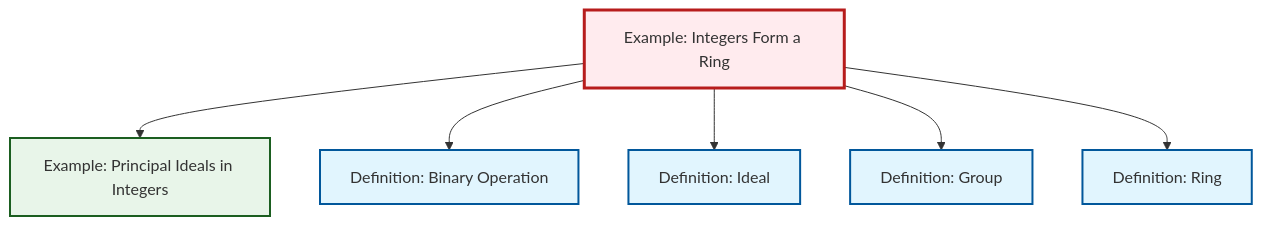
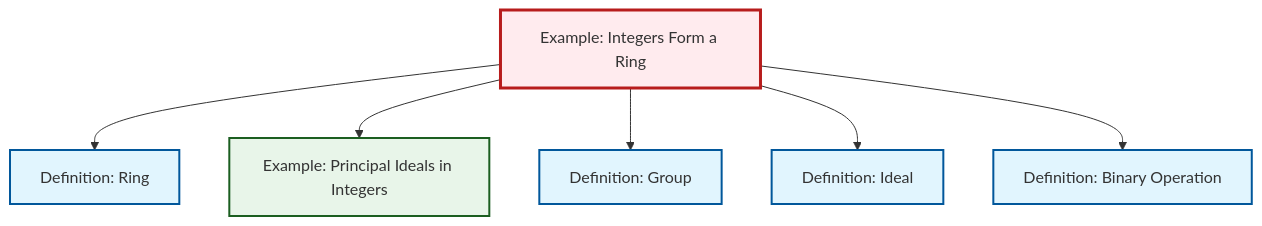
One commit to RK0429/ModernMath changed the diagram in output/mermaid/ex-integers-ring.mermaid. Above: the diagram before and after it, drawn with Mermaid. The commit also changed other lines of this file and 1188 other files, not shown here.

```diff
--- a/output/mermaid/ex-integers-ring.mermaid
+++ b/output/mermaid/ex-integers-ring.mermaid
@@ -1,19 +1,19 @@
 %%| fig-cap: "Local dependency graph"
 graph TD
     classDef definition fill:#e1f5fe,stroke:#01579b,stroke-width:2px
     classDef theorem fill:#f3e5f5,stroke:#4a148c,stroke-width:2px
     classDef axiom fill:#fff3e0,stroke:#e65100,stroke-width:2px
     classDef example fill:#e8f5e9,stroke:#1b5e20,stroke-width:2px
     classDef current fill:#ffebee,stroke:#b71c1c,stroke-width:3px
+    ex-integers-ring["Example: Integers Form a Ring"]:::example
+    def-binary-operation["Definition: Binary Operation"]:::definition
+    ex-principal-ideal["Example: Principal Ideals in Integers"]:::example
+    def-ideal["Definition: Ideal"]:::definition
+    def-ring["Definition: Ring"]:::definition
     def-group["Definition: Group"]:::definition
-    def-ring["Definition: Ring"]:::definition
-    def-binary-operation["Definition: Binary Operation"]:::definition
-    def-ideal["Definition: Ideal"]:::definition
-    ex-integers-ring["Example: Integers Form a Ring"]:::example
-    ex-principal-ideal["Example: Principal Ideals in Integers"]:::example
+    ex-integers-ring --> def-ring
     ex-integers-ring --> ex-principal-ideal
+    ex-integers-ring --> def-group
+    ex-integers-ring --> def-ideal
     ex-integers-ring --> def-binary-operation
-    ex-integers-ring --> def-ideal
-    ex-integers-ring --> def-group
-    ex-integers-ring --> def-ring
     class ex-integers-ring current
```
